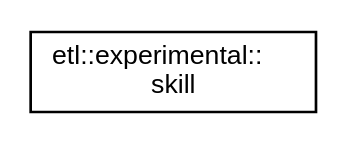
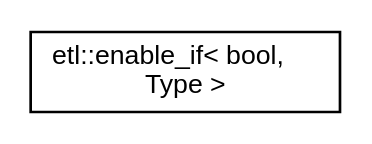
Before and after one commit to tobanteAudio/taetl: the diagram in inherit_graph_21.dot, drawn with Graphviz. The commit also changed 63 other files, not shown here.

```diff
--- a/inherit_graph_21.dot
+++ b/inherit_graph_21.dot
@@ -1,7 +1,7 @@
 digraph "Graphical Class Hierarchy"
 {
   edge [fontname="Helvetica",fontsize="10",labelfontname="Helvetica",labelfontsize="10"];
   node [fontname="Helvetica",fontsize="10",shape=record];
   rankdir="LR";
-  Node0 [label="etl::experimental::\lskill",height=0.2,width=0.4,color="black", fillcolor="white", style="filled",URL="$structetl_1_1experimental_1_1skill.html"];
+  Node0 [label="etl::enable_if\< bool,\l Type \>",height=0.2,width=0.4,color="black", fillcolor="white", style="filled",URL="$structetl_1_1enable__if.html",tooltip="Define a member typedef only if a boolean constant is true. "];
 }
```
